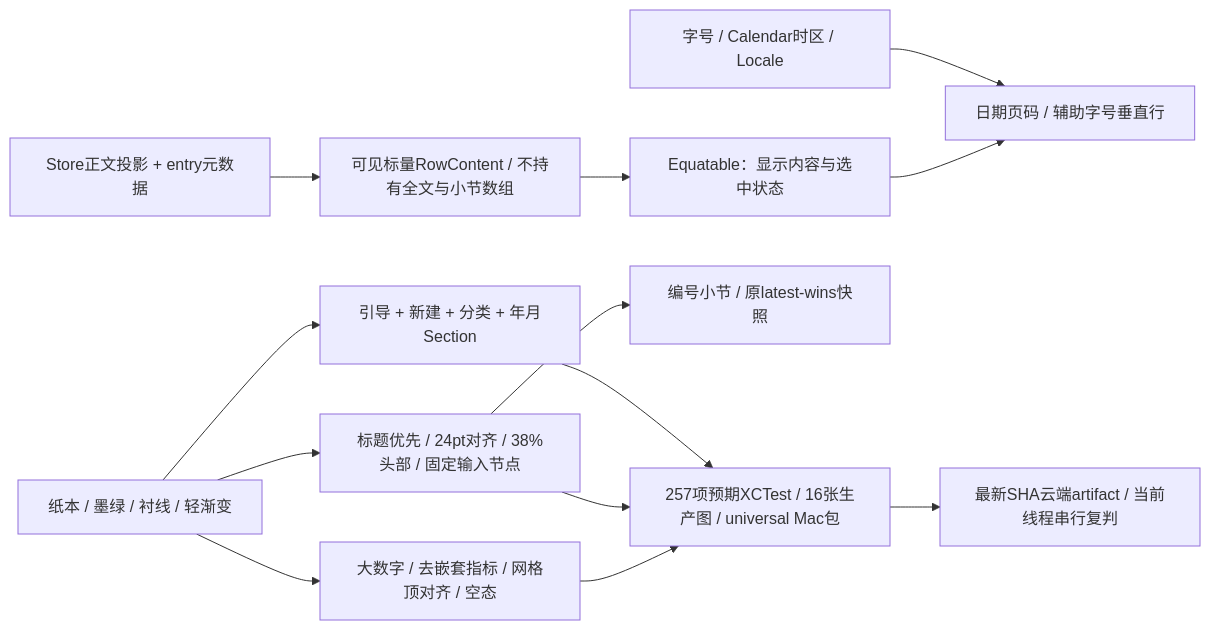
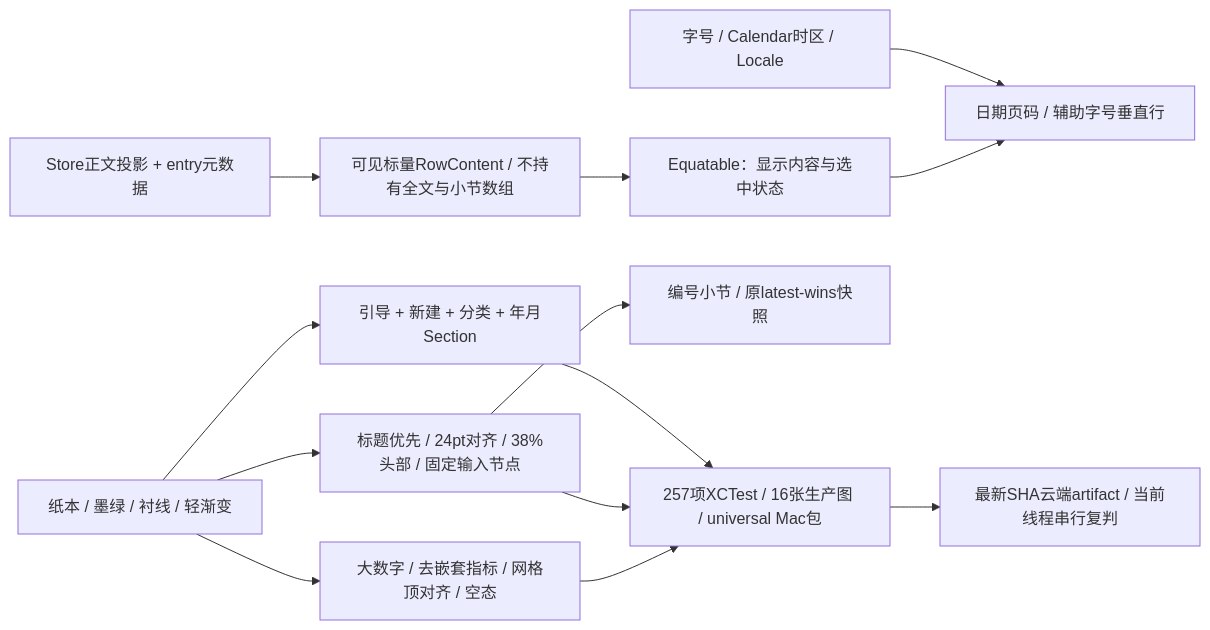
One commit to Altman-sam114/117 changed the second of 14 diagrams in md/flow/flowchart.md. Above: the diagram before and after it, drawn with Mermaid. The commit also changed 4 other files, not shown here.

````diff
--- a/md/flow/flowchart.md
+++ b/md/flow/flowchart.md
@@ -19,15 +19,15 @@
 ```mermaid
 flowchart LR
   Store["Store正文投影 + entry元数据"] --> Row["可见标量RowContent / 不持有全文与小节数组"]
   Row --> Equal["Equatable：显示内容与选中状态"]
   Environment["字号 / Calendar时区 / Locale"] --> Folio["日期页码 / 辅助字号垂直行"]
   Equal --> Folio
   Theme["纸本 / 墨绿 / 衬线 / 轻渐变"] --> Library["引导 + 新建 + 分类 + 年月Section"]
   Theme --> Editor["标题优先 / 24pt对齐 / 38%头部 / 固定输入节点"]
   Editor --> Preview["编号小节 / 原latest-wins快照"]
   Theme --> Stats["大数字 / 去嵌套指标 / 网格顶对齐 / 空态"]
-  Library --> CI["257项预期XCTest / 16张生产图 / universal Mac包"]
+  Library --> CI["257项XCTest / 16张生产图 / universal Mac包"]
   Editor --> CI
   Stats --> CI
   CI --> Review["最新SHA云端artifact / 当前线程串行复判"]
 ```
````
